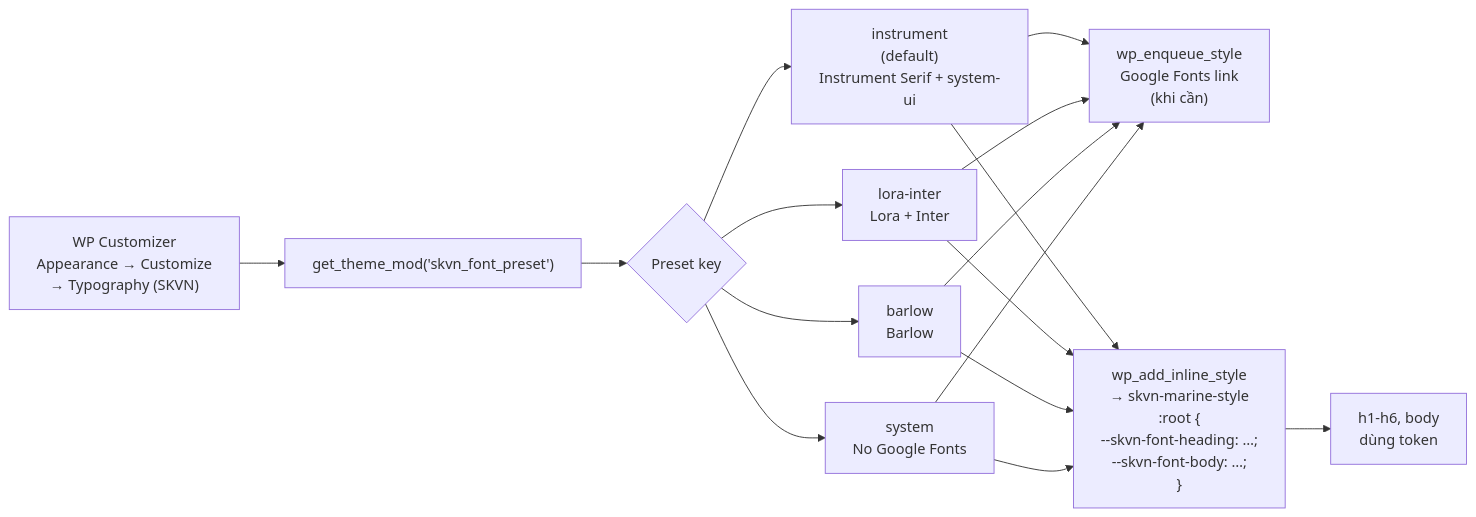
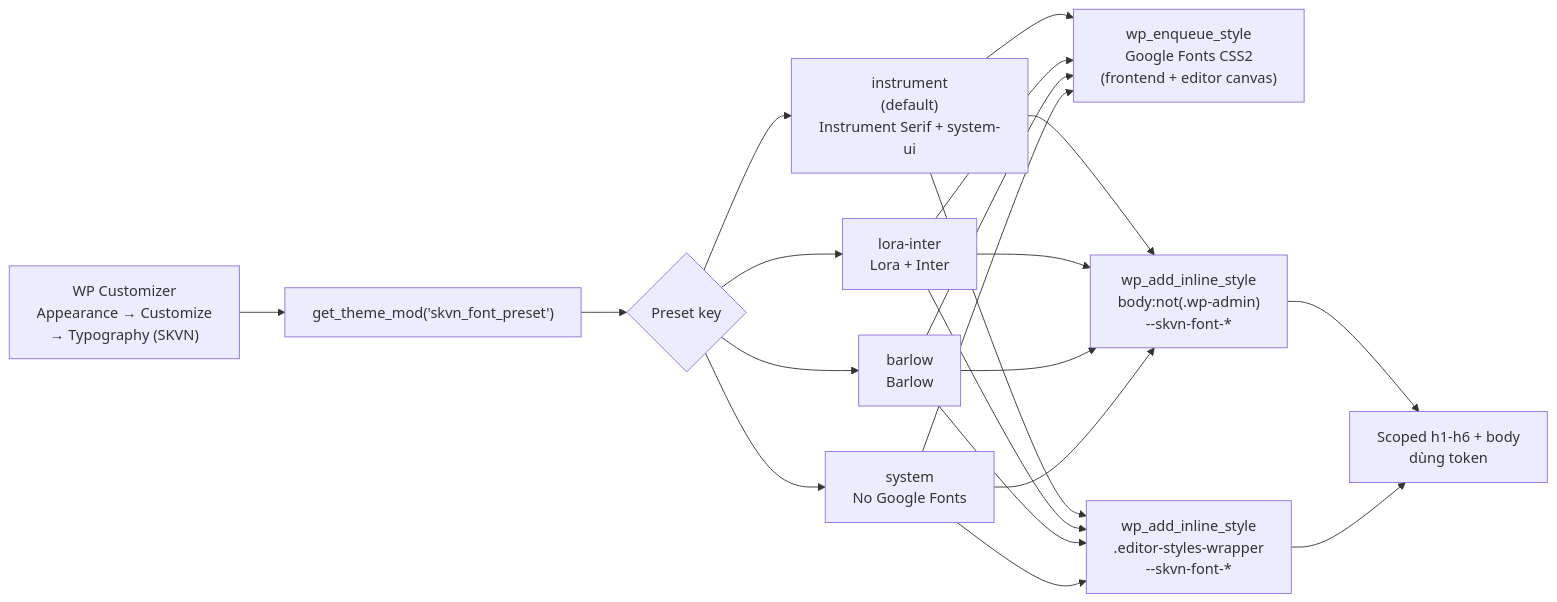
The fourth of 7 diagrams in docs/decisions/skvn-1.3.x-architecture-and-decisions.md (SK-Vietnam-Fishery/skvn-marine), drawn with Mermaid before and after one commit. The commit also changed other lines of this file and 27 other files, not shown here.

````diff
--- a/docs/decisions/skvn-1.3.x-architecture-and-decisions.md
+++ b/docs/decisions/skvn-1.3.x-architecture-and-decisions.md
@@ -142,19 +145,22 @@
 ```mermaid
 flowchart LR
     A["WP Customizer\nAppearance → Customize\n→ Typography (SKVN)"]
     B["get_theme_mod('skvn_font_preset')"]
     C{"Preset key"}
     D1["instrument\n(default)\nInstrument Serif + system-ui"]
     D2["lora-inter\nLora + Inter"]
     D3["barlow\nBarlow"]
     D4["system\nNo Google Fonts"]
-    E["wp_enqueue_style\nGoogle Fonts link\n(khi cần)"]
-    F["wp_add_inline_style\n→ skvn-marine-style\n:root {\n  --skvn-font-heading: …;\n  --skvn-font-body: …;\n}"]
-    G["h1-h6, body\ndùng token"]
+    E["wp_enqueue_style\nGoogle Fonts CSS2\n(frontend + editor canvas)"]
+    F1["wp_add_inline_style\nbody:not(.wp-admin)\n--skvn-font-*"]
+    F2["wp_add_inline_style\n.editor-styles-wrapper\n--skvn-font-*"]
+    G["Scoped h1-h6 + body\ndùng token"]
 
     A --> B --> C
     C --> D1 & D2 & D3 & D4
     D1 & D2 & D3 & D4 --> E
-    D1 & D2 & D3 & D4 --> F
-    F --> G
+    D1 & D2 & D3 & D4 --> F1
+    D1 & D2 & D3 & D4 --> F2
+    F1 --> G
+    F2 --> G
 ```
````
